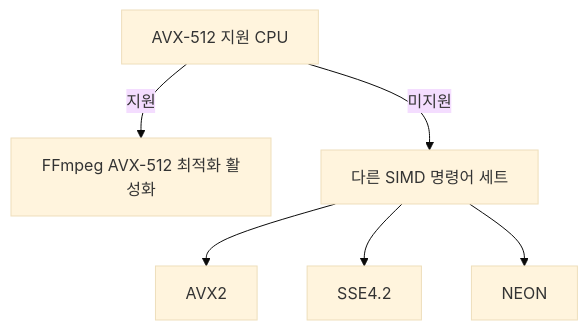
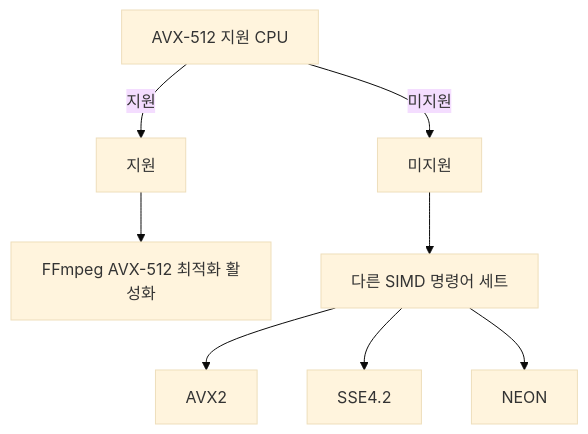
One commit to 42jerrykim/42jerrykim.github.io changed the eighth of 10 diagrams in content/post/2024/2024-11-08-FFmpeg/index.md. Above: the diagram before and after it, drawn with Mermaid (base theme). The commit also changed other lines of this file and 239 other files, not shown here.

````diff
--- a/content/post/2024/2024-11-08-FFmpeg/index.md
+++ b/content/post/2024/2024-11-08-FFmpeg/index.md
@@ -476,8 +377,18 @@
 ```mermaid
-graph TD;
-    A[AVX-512 지원 CPU] -->|지원| B[FFmpeg AVX-512 최적화 활성화]
-    A -->|미지원| C[다른 SIMD 명령어 세트]
-    C --> D[AVX2]
-    C --> E[SSE4.2]
-    C --> F[NEON]
+graph TD
+    avx512CpuCheck["AVX-512 지원 CPU"]
+    supported["지원"]
+    notSupported["미지원"]
+    ffmpegAvx512["FFmpeg AVX-512 최적화 활성화"]
+    otherSimd["다른 SIMD 명령어 세트"]
+    avx2["AVX2"]
+    sse42["SSE4.2"]
+    neon["NEON"]
+    avx512CpuCheck -->|"지원"| supported
+    avx512CpuCheck -->|"미지원"| notSupported
+    supported --> ffmpegAvx512
+    notSupported --> otherSimd
+    otherSimd --> avx2
+    otherSimd --> sse42
+    otherSimd --> neon
 ```
````
